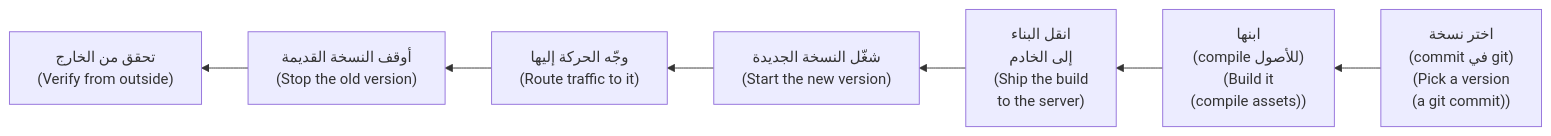
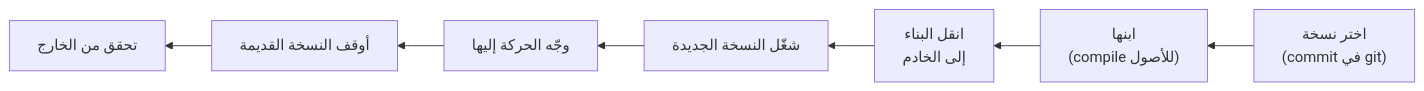
One commit to Tamoura/system-design-for-vibe-coders changed the first of 5 diagrams in modules/04-deploys/module.ar.md. Above: the diagram before and after it, drawn with Mermaid. The commit also changed other lines of this file and 551 other files, not shown here.

````diff
--- a/modules/04-deploys/module.ar.md
+++ b/modules/04-deploys/module.ar.md
@@ -33,9 +33,9 @@
 ```mermaid
 flowchart RL
-    A["اختر نسخة<br/>(commit في git)<br/>(Pick a version<br/>(a git commit))"] --> B["ابنها<br/>(compile للأصول)<br/>(Build it<br/>(compile assets))"]
-    B --> C["انقل البناء<br/>إلى الخادم<br/>(Ship the build<br/>to the server)"]
-    C --> D["شغّل النسخة الجديدة<br/>(Start the new version)"]
-    D --> E["وجّه الحركة إليها<br/>(Route traffic to it)"]
-    E --> F["أوقف النسخة القديمة<br/>(Stop the old version)"]
-    F --> G["تحقق من الخارج<br/>(Verify from outside)"]
+    A["اختر نسخة<br/>(commit في git)"] --> B["ابنها<br/>(compile للأصول)"]
+    B --> C["انقل البناء<br/>إلى الخادم"]
+    C --> D["شغّل النسخة الجديدة"]
+    D --> E["وجّه الحركة إليها"]
+    E --> F["أوقف النسخة القديمة"]
+    F --> G["تحقق من الخارج"]
 ```
````
